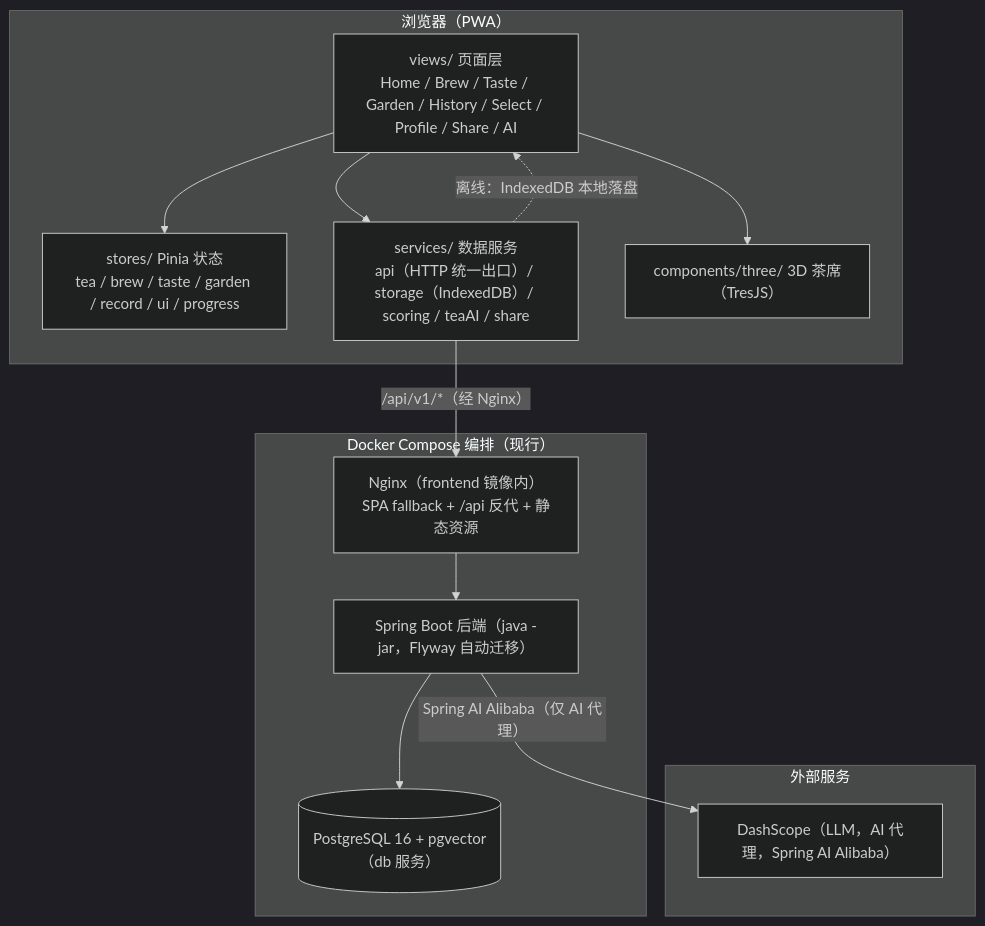
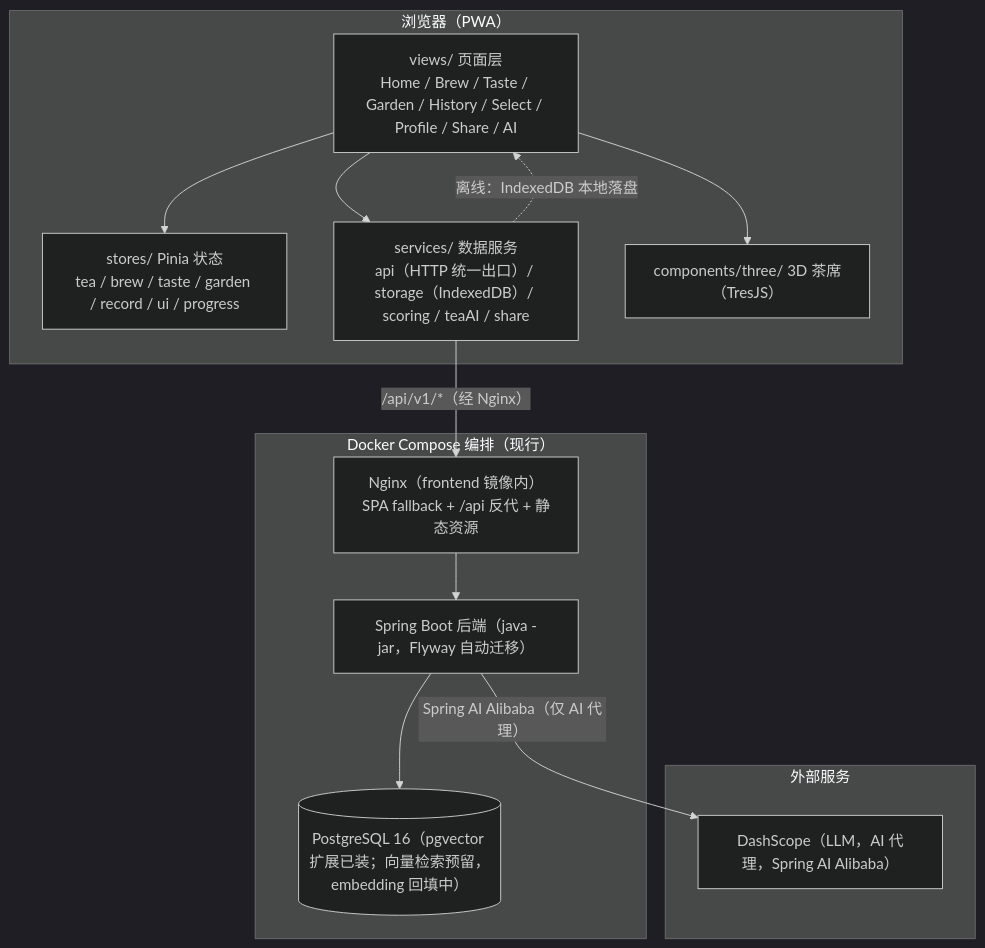
Before and after one commit to qiuqianyi66/tea-ceremony: the first of 4 diagrams in docs/architecture/system-overview.md, drawn with Mermaid (dark theme). The commit also changed other lines of this file and 4 other files, not shown here.

````diff
--- a/docs/architecture/system-overview.md
+++ b/docs/architecture/system-overview.md
@@ -14,28 +14,28 @@
 ```mermaid
 flowchart TB
     subgraph client["浏览器（PWA）"]
         views["views/ 页面层<br/>Home / Brew / Taste / Garden / History / Select / Profile / Share / AI"]
         stores["stores/ Pinia 状态<br/>tea / brew / taste / garden / record / ui / progress"]
         services["services/ 数据服务<br/>api（HTTP 统一出口）/ storage（IndexedDB）/ scoring / teaAI / share"]
         three["components/three/ 3D 茶席（TresJS）"]
         views --> stores
         views --> services
         views --> three
     end
 
     subgraph server["Docker Compose 编排（现行）"]
         nginx["Nginx（frontend 镜像内）<br/>SPA fallback + /api 反代 + 静态资源"]
         api["Spring Boot 后端（java -jar，Flyway 自动迁移）"]
-        db[("PostgreSQL 16 + pgvector（db 服务）")]
+        db[("PostgreSQL 16（pgvector 扩展已装；向量检索预留，embedding 回填中）")]
         nginx --> api
         api --> db
     end
 
     subgraph external["外部服务"]
         llm["DashScope（LLM，AI 代理，Spring AI Alibaba）"]
     end
 
     services -- "/api/v1/*（经 Nginx）" --> nginx
     services -. "离线：IndexedDB 本地落盘" .-> views
     api -- "Spring AI Alibaba（仅 AI 代理）" --> llm
 ```
````
